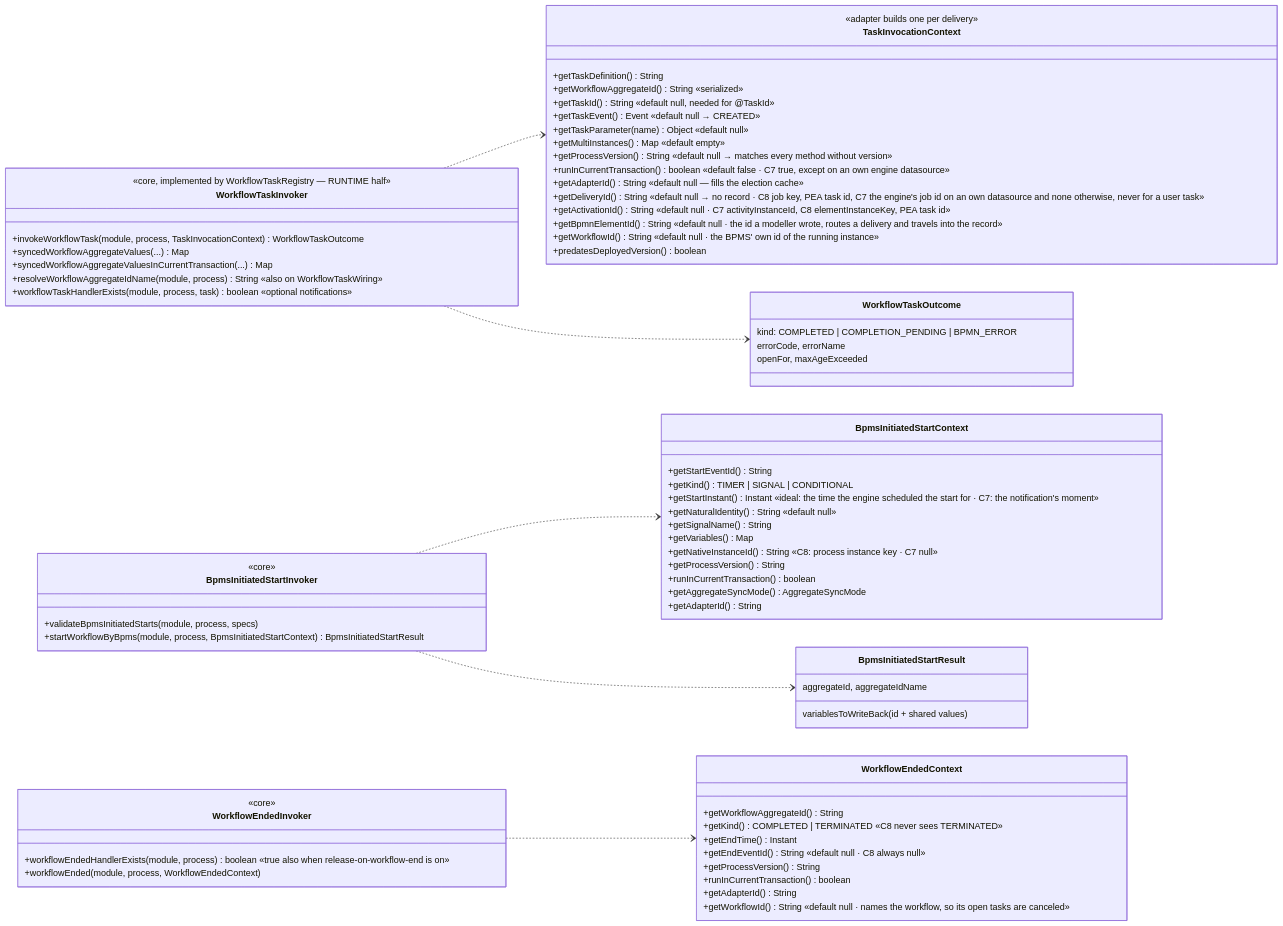
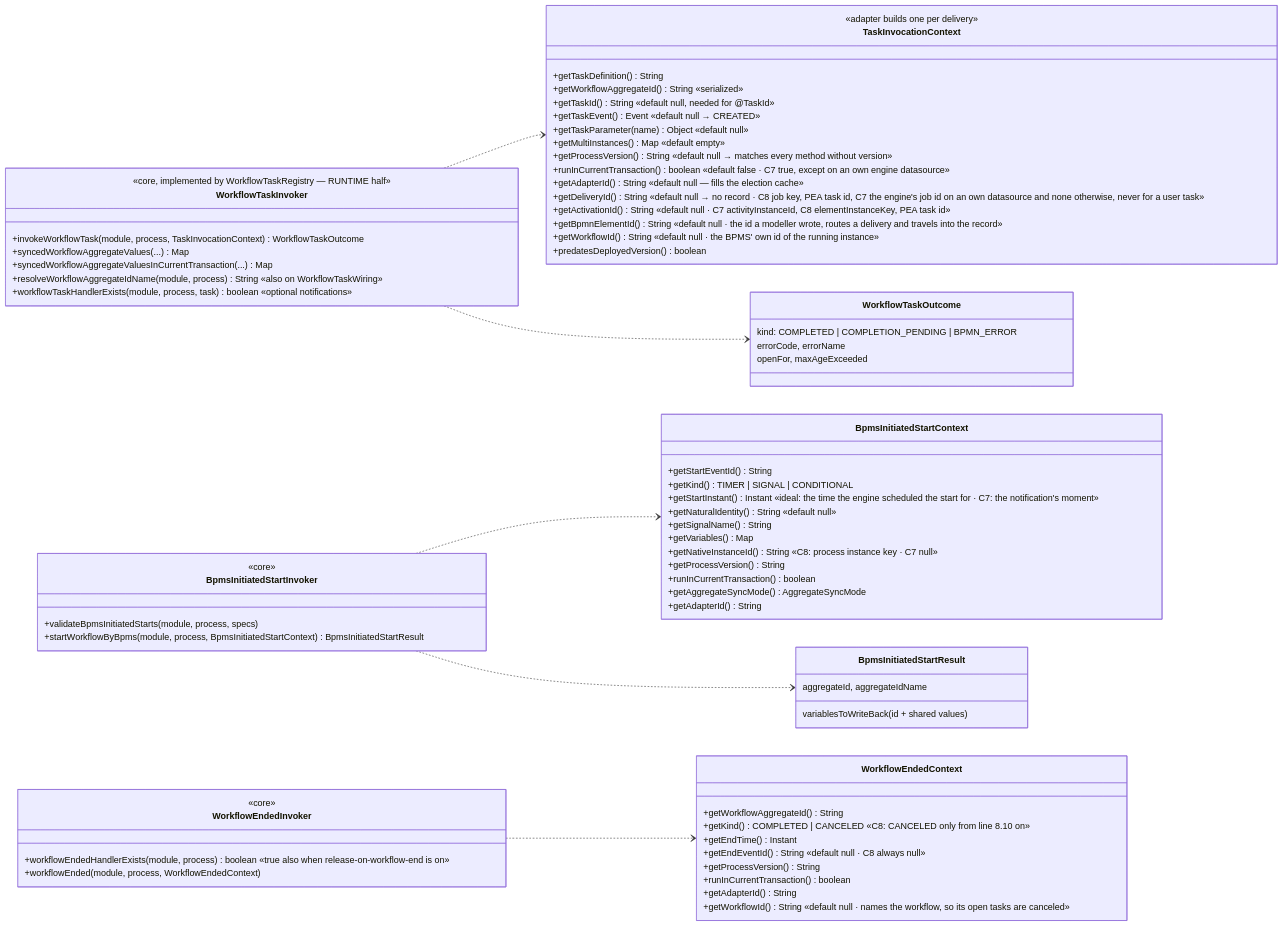
Before and after one commit to vanillabp/adapter-platform-integration: the seventh of 15 diagrams in migration-adapter/README.md, drawn with Mermaid. The commit also changed other lines of this file and 4 other files, not shown here.

First line of the commit message:
feat!: a workflow end is canceled, not terminated

````diff
--- a/migration-adapter/README.md
+++ b/migration-adapter/README.md
@@ -1043,76 +1044,76 @@
 ```mermaid
 classDiagram
   direction LR
   class WorkflowTaskInvoker {
     <<core, implemented by WorkflowTaskRegistry — RUNTIME half>>
     +invokeWorkflowTask(module, process, TaskInvocationContext) WorkflowTaskOutcome
     +syncedWorkflowAggregateValues(...) Map
     +syncedWorkflowAggregateValuesInCurrentTransaction(...) Map
     +resolveWorkflowAggregateIdName(module, process) String  «also on WorkflowTaskWiring»
     +workflowTaskHandlerExists(module, process, task) boolean  «optional notifications»
   }
   class TaskInvocationContext {
     <<adapter builds one per delivery>>
     +getTaskDefinition() String
     +getWorkflowAggregateId() String  «serialized»
     +getTaskId() String  «default null, needed for @TaskId»
     +getTaskEvent() Event  «default null → CREATED»
     +getTaskParameter(name) Object  «default null»
     +getMultiInstances() Map  «default empty»
     +getProcessVersion() String  «default null → matches every method without version»
     +runInCurrentTransaction() boolean  «default false · C7 true, except on an own engine datasource»
     +getAdapterId() String  «default null — fills the election cache»
     +getDeliveryId() String  «default null → no record · C8 job key, PEA task id, C7 the engine's job id on an own datasource and none otherwise, never for a user task»
     +getActivationId() String  «default null · C7 activityInstanceId, C8 elementInstanceKey, PEA task id»
     +getBpmnElementId() String  «default null · the id a modeller wrote, routes a delivery and travels into the record»
     +getWorkflowId() String  «default null · the BPMS' own id of the running instance»
     +predatesDeployedVersion() boolean
   }
   class WorkflowTaskOutcome {
     kind: COMPLETED | COMPLETION_PENDING | BPMN_ERROR
     errorCode, errorName
     openFor, maxAgeExceeded
   }
   class BpmsInitiatedStartInvoker {
     <<core>>
     +validateBpmsInitiatedStarts(module, process, specs)
     +startWorkflowByBpms(module, process, BpmsInitiatedStartContext) BpmsInitiatedStartResult
   }
   class BpmsInitiatedStartContext {
     +getStartEventId() String
     +getKind() TIMER | SIGNAL | CONDITIONAL
     +getStartInstant() Instant  «ideal: the time the engine scheduled the start for · C7: the notification's moment»
     +getNaturalIdentity() String  «default null»
     +getSignalName() String
     +getVariables() Map
     +getNativeInstanceId() String  «C8: process instance key · C7 null»
     +getProcessVersion() String
     +runInCurrentTransaction() boolean
     +getAggregateSyncMode() AggregateSyncMode
     +getAdapterId() String
   }
   class BpmsInitiatedStartResult {
     aggregateId, aggregateIdName
     variablesToWriteBack (id + shared values)
   }
   class WorkflowEndedInvoker {
     <<core>>
     +workflowEndedHandlerExists(module, process) boolean  «true also when release-on-workflow-end is on»
     +workflowEnded(module, process, WorkflowEndedContext)
   }
   class WorkflowEndedContext {
     +getWorkflowAggregateId() String
-    +getKind() COMPLETED | TERMINATED  «C8 never sees TERMINATED»
+    +getKind() COMPLETED | CANCELED  «C8: CANCELED only from line 8.10 on»
     +getEndTime() Instant
     +getEndEventId() String  «default null · C8 always null»
     +getProcessVersion() String
     +runInCurrentTransaction() boolean
     +getAdapterId() String
     +getWorkflowId() String  «default null · names the workflow, so its open tasks are canceled»
   }
   WorkflowTaskInvoker ..> TaskInvocationContext
   WorkflowTaskInvoker ..> WorkflowTaskOutcome
   BpmsInitiatedStartInvoker ..> BpmsInitiatedStartContext
   BpmsInitiatedStartInvoker ..> BpmsInitiatedStartResult
   WorkflowEndedInvoker ..> WorkflowEndedContext
 ```
````
